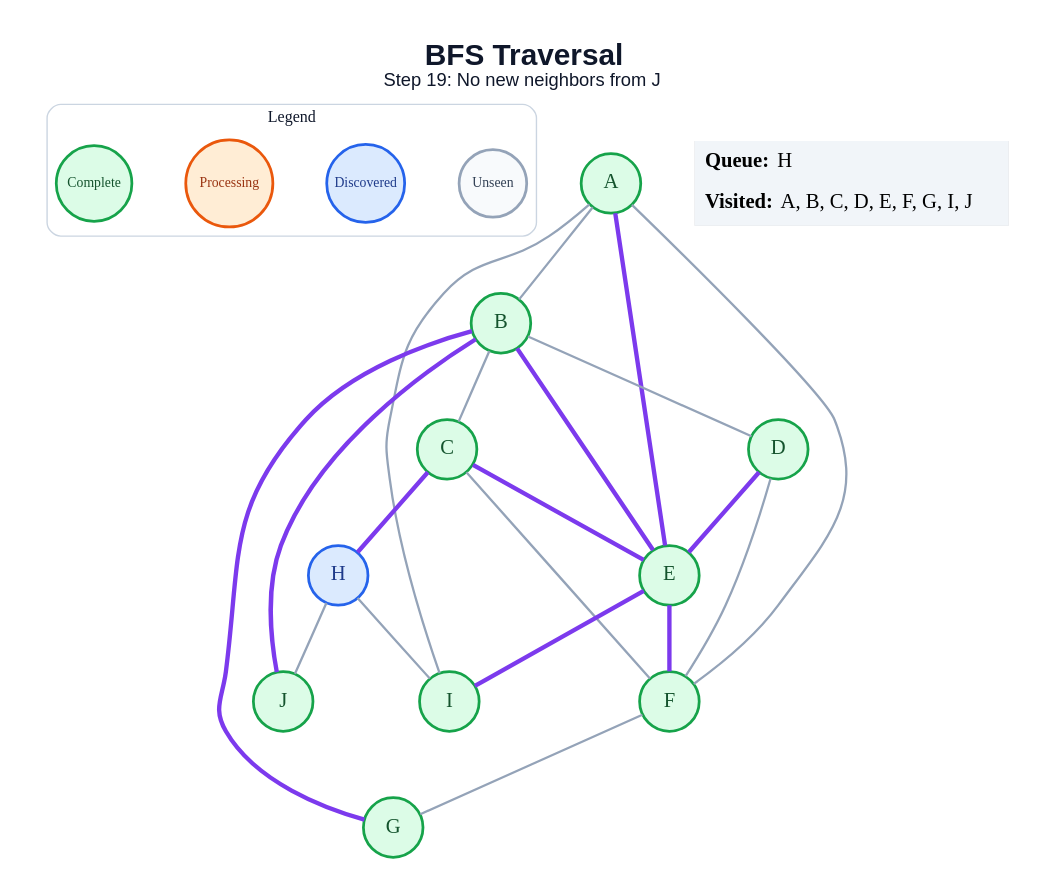
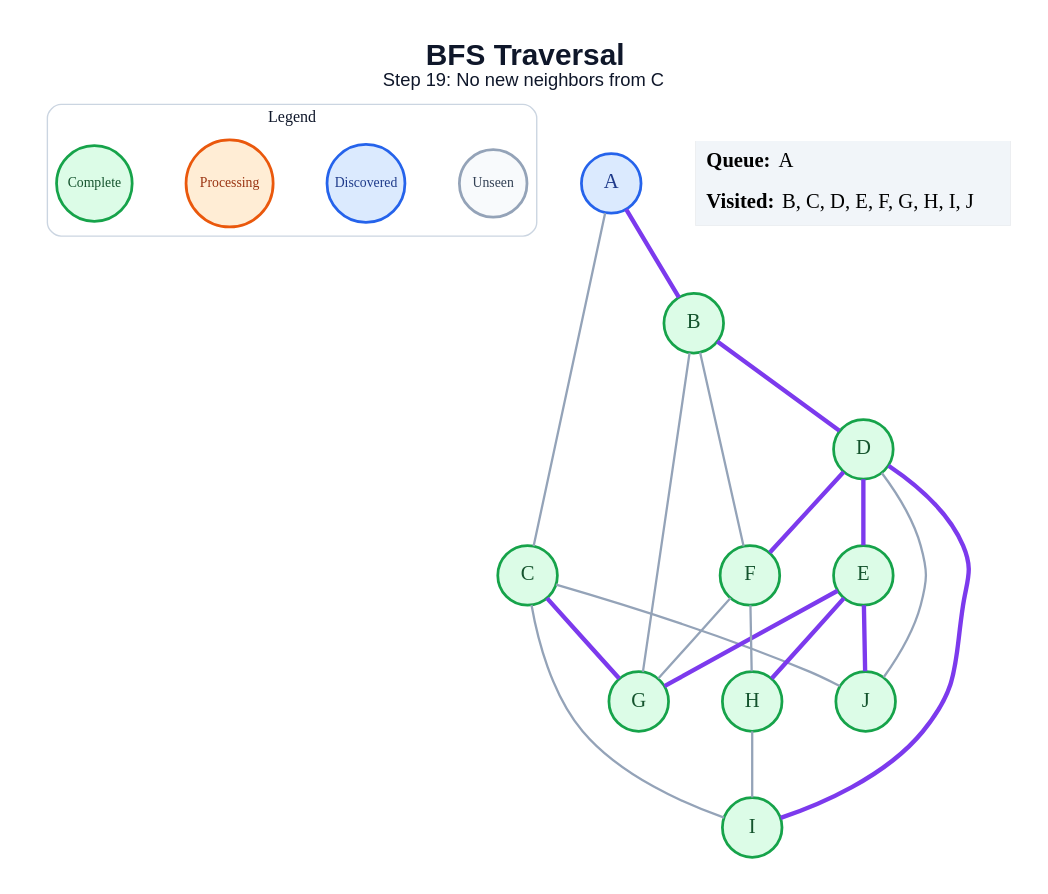
One commit to amanghodawala9/ai-slop changed the diagram in generated/specific-node/bfs/step_19.dot. Above: the diagram before and after it, drawn with Graphviz. The commit also changed 178 other files, not shown here.

```diff
--- a/generated/specific-node/bfs/step_19.dot
+++ b/generated/specific-node/bfs/step_19.dot
@@ -1,48 +1,47 @@
 graph traversal {
   graph [layout=dot, rankdir=TB, bgcolor="#FFFFFF", pad="0.35", nodesep="0.65", ranksep="0.8", fontname="Arial"];
   node [shape=circle, style="filled", fontname="Arial Bold", fontsize=18, width=0.72, fixedsize=true, penwidth=2.4];
   edge [color="#94A3B8", penwidth=2.0];
-  label=<<B>BFS Traversal</B><BR/><FONT POINT-SIZE="16">Step 19: No new neighbors from J</FONT>>; labelloc="t"; fontsize=26; fontname="Arial"; fontcolor="#0F172A";
+  label=<<B>BFS Traversal</B><BR/><FONT POINT-SIZE="16">Step 19: No new neighbors from C</FONT>>; labelloc="t"; fontsize=26; fontname="Arial"; fontcolor="#0F172A";
   subgraph cluster_legend { label="Legend"; color="#CBD5E1"; penwidth=1.2; style="rounded"; fontsize=14; fontname="Arial Bold";
     key_unseen [label="Unseen", fillcolor="#F8FAFC", color="#94A3B8", fontcolor="#334155", fontsize=12, width=0.82];
     key_frontier [label="Discovered", fillcolor="#DBEAFE", color="#2563EB", fontcolor="#1E3A8A", fontsize=12, width=0.95];
     key_current [label="Processing", fillcolor="#FFEDD5", color="#EA580C", fontcolor="#9A3412", fontsize=12, width=1.05];
     key_done [label="Complete", fillcolor="#DCFCE7", color="#16A34A", fontcolor="#14532D", fontsize=12, width=0.92];
     { rank=same; key_unseen; key_frontier; key_current; key_done; }
   }
-  A [fillcolor="#DCFCE7", color="#16A34A", fontcolor="#14532D"];
+  A [fillcolor="#DBEAFE", color="#2563EB", fontcolor="#1E3A8A"];
   B [fillcolor="#DCFCE7", color="#16A34A", fontcolor="#14532D"];
   C [fillcolor="#DCFCE7", color="#16A34A", fontcolor="#14532D"];
   D [fillcolor="#DCFCE7", color="#16A34A", fontcolor="#14532D"];
   E [fillcolor="#DCFCE7", color="#16A34A", fontcolor="#14532D"];
   F [fillcolor="#DCFCE7", color="#16A34A", fontcolor="#14532D"];
   G [fillcolor="#DCFCE7", color="#16A34A", fontcolor="#14532D"];
-  H [fillcolor="#DBEAFE", color="#2563EB", fontcolor="#1E3A8A"];
+  H [fillcolor="#DCFCE7", color="#16A34A", fontcolor="#14532D"];
   I [fillcolor="#DCFCE7", color="#16A34A", fontcolor="#14532D"];
   J [fillcolor="#DCFCE7", color="#16A34A", fontcolor="#14532D"];
-  A -- B;
-  A -- E [color="#7C3AED", penwidth=3.8];
-  A -- F;
-  A -- I;
-  B -- C;
-  B -- D;
-  B -- E [color="#7C3AED", penwidth=3.8];
-  B -- G [color="#7C3AED", penwidth=3.8];
-  B -- J [color="#7C3AED", penwidth=3.8];
-  C -- E [color="#7C3AED", penwidth=3.8];
-  C -- F;
-  C -- H [color="#7C3AED", penwidth=3.8];
+  A -- B [color="#7C3AED", penwidth=3.8];
+  A -- C;
+  B -- D [color="#7C3AED", penwidth=3.8];
+  B -- F;
+  B -- G;
+  C -- G [color="#7C3AED", penwidth=3.8];
+  C -- I;
+  C -- J;
   D -- E [color="#7C3AED", penwidth=3.8];
-  D -- F;
-  E -- F [color="#7C3AED", penwidth=3.8];
-  E -- I [color="#7C3AED", penwidth=3.8];
+  D -- F [color="#7C3AED", penwidth=3.8];
+  D -- I [color="#7C3AED", penwidth=3.8];
+  D -- J;
+  E -- G [color="#7C3AED", penwidth=3.8];
+  E -- H [color="#7C3AED", penwidth=3.8];
+  E -- J [color="#7C3AED", penwidth=3.8];
   F -- G;
+  F -- H;
   H -- I;
-  H -- J;
   status [shape=plain, fixedsize=false, width=0, height=0, margin=0, label=<
     <TABLE BORDER="0" CELLBORDER="0" CELLPADDING="7" BGCOLOR="#F1F5F9">
-      <TR><TD ALIGN="LEFT"><B>Queue:</B> H</TD></TR>
-      <TR><TD ALIGN="LEFT"><B>Visited:</B> A, B, C, D, E, F, G, I, J</TD></TR>
+      <TR><TD ALIGN="LEFT"><B>Queue:</B> A</TD></TR>
+      <TR><TD ALIGN="LEFT"><B>Visited:</B> B, C, D, E, F, G, H, I, J</TD></TR>
     </TABLE>
   >];
 }
```
